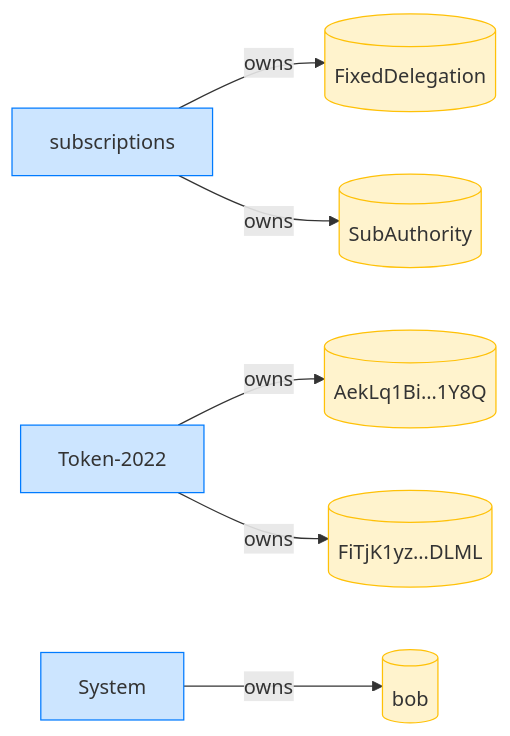
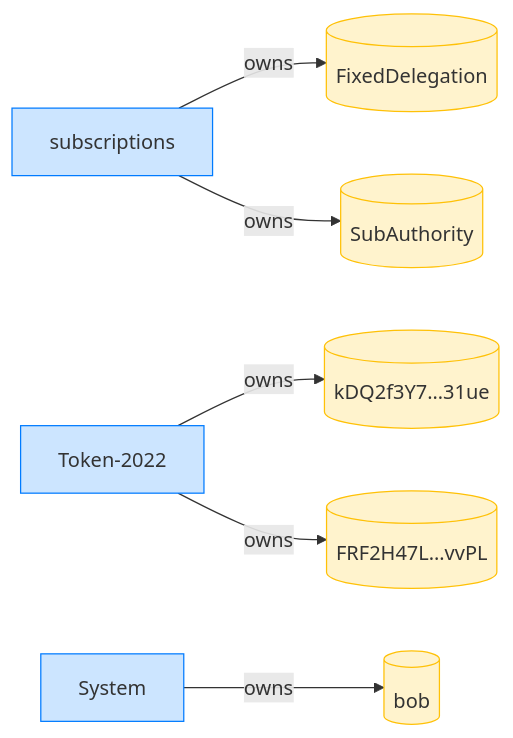
Diagram 12 of 12 in dsl_tests/fixed-transfer-over-a-token-2022-unconfigured-transfer-hook-mint.md (cds-rs/subscriptions), drawn with Mermaid before and after one commit. The commit also changed other lines of this file and 224 other files, not shown here.

````diff
--- a/dsl_tests/fixed-transfer-over-a-token-2022-unconfigured-transfer-hook-mint.md
+++ b/dsl_tests/fixed-transfer-over-a-token-2022-unconfigured-transfer-hook-mint.md
@@ -230,18 +244,18 @@
 ```mermaid
 flowchart LR
     classDef owner fill:#cce5ff,stroke:#007bff;
     classDef account fill:#fff3cd,stroke:#ffc107;
     subscriptions[subscriptions]:::owner
     FixedDelegation[(FixedDelegation)]:::account
     SubAuthority[(SubAuthority)]:::account
     Token_2022["Token-2022"]:::owner
-    AekLq1Bi_1Y8Q[("AekLq1Bi…1Y8Q")]:::account
-    FiTjK1yz_DLML[("FiTjK1yz…DLML")]:::account
+    kDQ2f3Y7_31ue[("kDQ2f3Y7…31ue")]:::account
+    FRF2H47L_vvPL[("FRF2H47L…vvPL")]:::account
     System[System]:::owner
     bob[(bob)]:::account
     subscriptions -->|owns| FixedDelegation
     subscriptions -->|owns| SubAuthority
-    Token_2022 -->|owns| AekLq1Bi_1Y8Q
-    Token_2022 -->|owns| FiTjK1yz_DLML
+    Token_2022 -->|owns| kDQ2f3Y7_31ue
+    Token_2022 -->|owns| FRF2H47L_vvPL
     System -->|owns| bob
 ```
````
